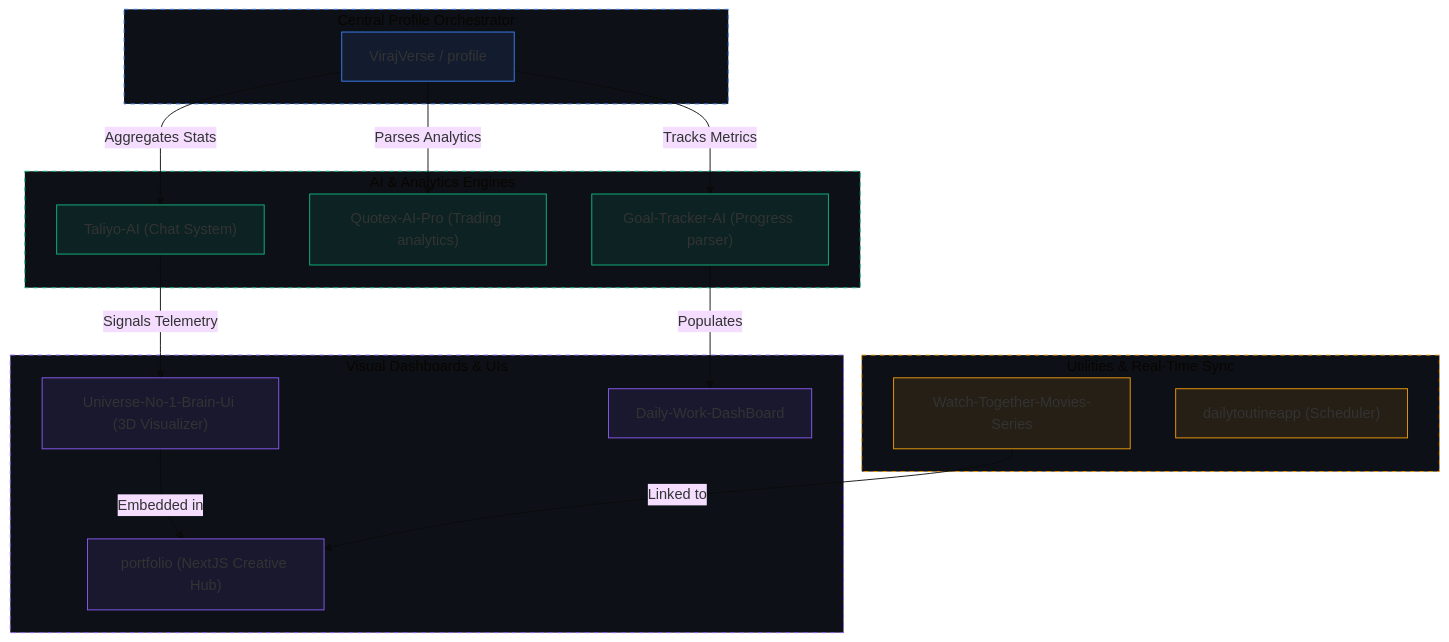
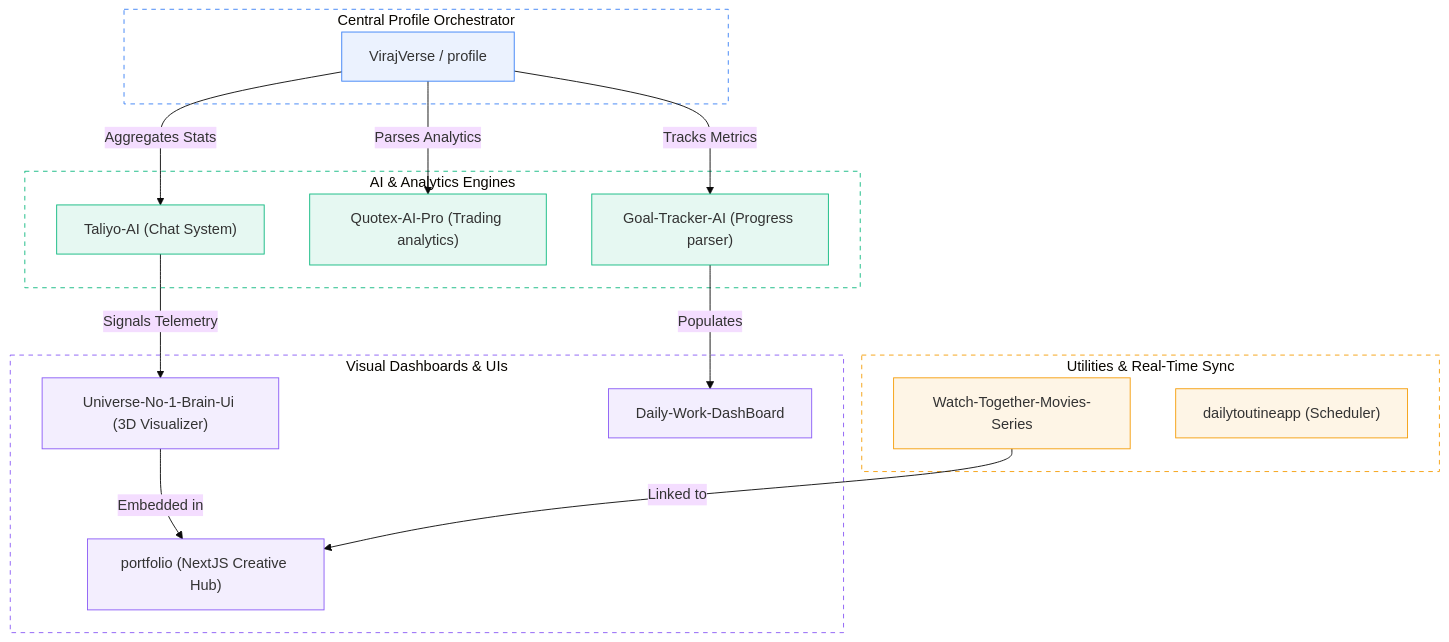
The diagram in README.md (virajverse/VirajVerse), drawn with Mermaid (base theme) before and after one commit.

Commit message:
fix: set subgraph backgrounds to transparent in Mermaid chart to fix text contrast issues in Light theme

````diff
--- a/README.md
+++ b/README.md
@@ -130,46 +130,46 @@
 ```mermaid
 graph TD
     classDef hub fill:#3b82f61a,stroke:#3b82f6,stroke-width:1px;
     classDef ai fill:#10b9811a,stroke:#10b981,stroke-width:1px;
     classDef ui fill:#8b5cf61a,stroke:#8b5cf6,stroke-width:1px;
     classDef utility fill:#f59e0b1a,stroke:#f59e0b,stroke-width:1px;
 
     subgraph Hub ["Central Profile Orchestrator"]
         VV["VirajVerse / profile"]
     end
-    style Hub fill:#0d1117,stroke:#3b82f6,stroke-width:1px,stroke-dasharray: 5 5;
+    style Hub fill:none,stroke:#3b82f6,stroke-width:1px,stroke-dasharray: 5 5;
     class VV hub;
 
     subgraph AI ["AI & Analytics Engines"]
         TA["Taliyo-AI (Chat System)"]
         QP["Quotex-AI-Pro (Trading analytics)"]
         GT["Goal-Tracker-AI (Progress parser)"]
     end
-    style AI fill:#0d1117,stroke:#10b981,stroke-width:1px,stroke-dasharray: 5 5;
+    style AI fill:none,stroke:#10b981,stroke-width:1px,stroke-dasharray: 5 5;
     class TA,QP,GT ai;
 
     subgraph Frontends ["Visual Dashboards & UIs"]
         UB["Universe-No-1-Brain-Ui (3D Visualizer)"]
         PT["portfolio (NextJS Creative Hub)"]
         DW["Daily-Work-DashBoard"]
     end
-    style Frontends fill:#0d1117,stroke:#8b5cf6,stroke-width:1px,stroke-dasharray: 5 5;
+    style Frontends fill:none,stroke:#8b5cf6,stroke-width:1px,stroke-dasharray: 5 5;
     class UB,PT,DW ui;
 
     subgraph Tools ["Utilities & Real-Time Sync"]
         WT["Watch-Together-Movies-Series"]
         DR["dailytoutineapp (Scheduler)"]
     end
-    style Tools fill:#0d1117,stroke:#f59e0b,stroke-width:1px,stroke-dasharray: 5 5;
+    style Tools fill:none,stroke:#f59e0b,stroke-width:1px,stroke-dasharray: 5 5;
     class WT,DR utility;
 
     VV -->|Aggregates Stats| TA
     VV -->|Parses Analytics| QP
     VV -->|Tracks Metrics| GT
     
     TA -->|Signals Telemetry| UB
     GT -->|Populates| DW
     
     UB -->|Embedded in| PT
     WT -->|Linked to| PT
 ```
````
